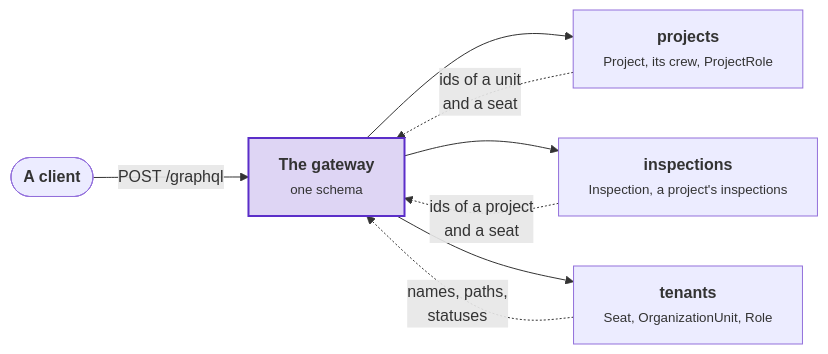
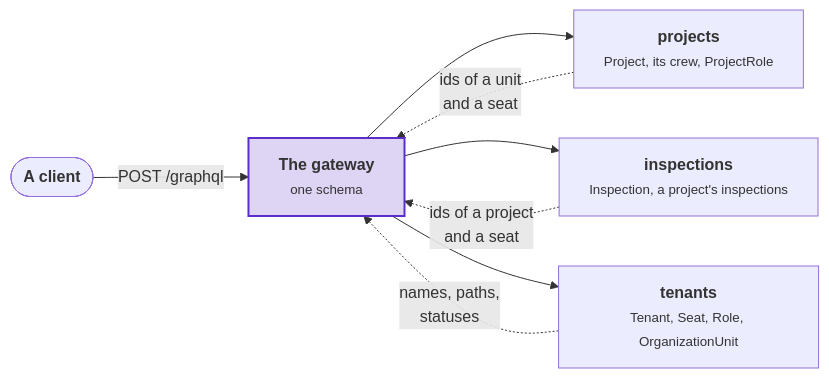
The first of 3 diagrams in docs/tenancy/sample/graphql.md (DylanSnel/DDDToolkit), drawn with Mermaid before and after one commit. The commit also changed other lines of this file and 123 other files, not shown here.

````diff
--- a/docs/tenancy/sample/graphql.md
+++ b/docs/tenancy/sample/graphql.md
@@ -24,17 +24,17 @@
 ```mermaid
 flowchart LR
     client(["<b>A client</b>"])
     gateway["<b>The gateway</b><br/><small>one schema</small>"]
     projects["<b>projects</b><br/><small>Project, its crew, ProjectRole</small>"]
     inspections["<b>inspections</b><br/><small>Inspection, a project's inspections</small>"]
-    tenants["<b>tenants</b><br/><small>Seat, OrganizationUnit, Role</small>"]
+    tenants["<b>tenants</b><br/><small>Tenant, Seat, Role, OrganizationUnit</small>"]
     client -->|"POST /graphql"| gateway
     gateway --> projects
     gateway --> inspections
     gateway --> tenants
     inspections -.->|"ids of a project<br/>and a seat"| gateway
     projects -.->|"ids of a unit<br/>and a seat"| gateway
     tenants -.->|"names, paths,<br/>statuses"| gateway
     classDef strong fill:#5b2ec933,stroke:#5b2ec9,stroke-width:2px
     class gateway strong
 ```
````
